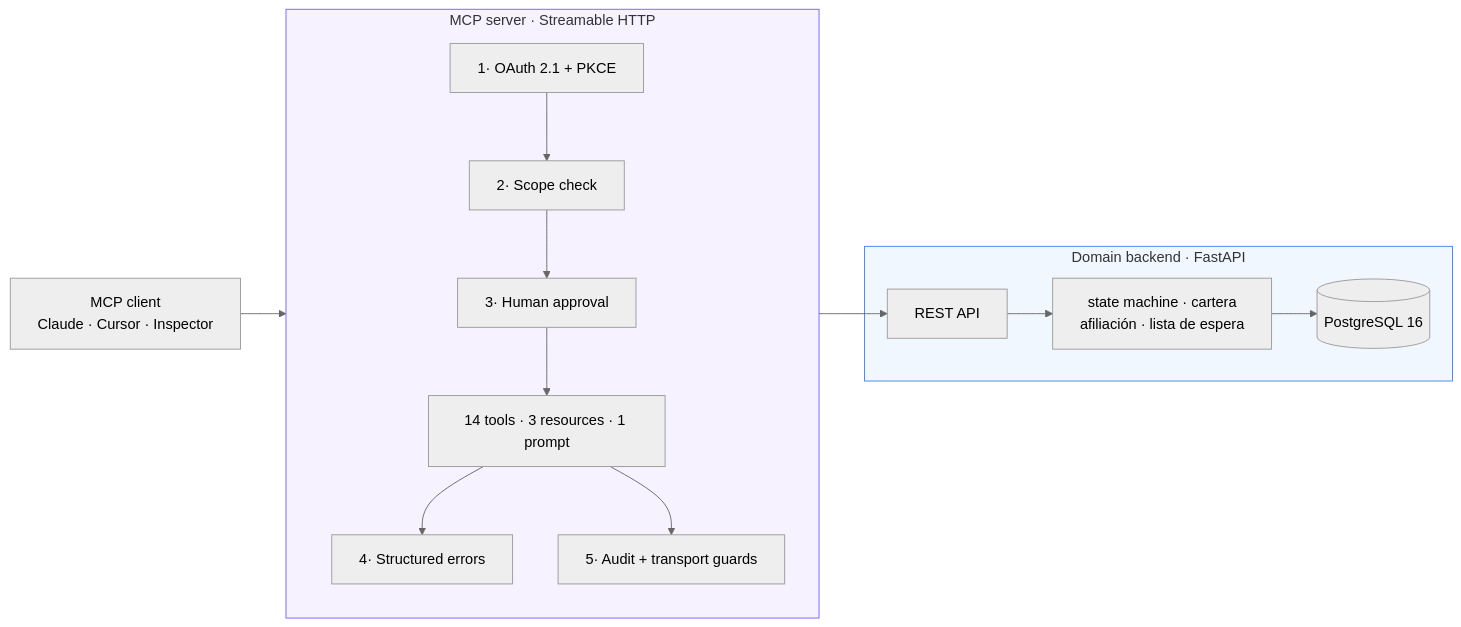
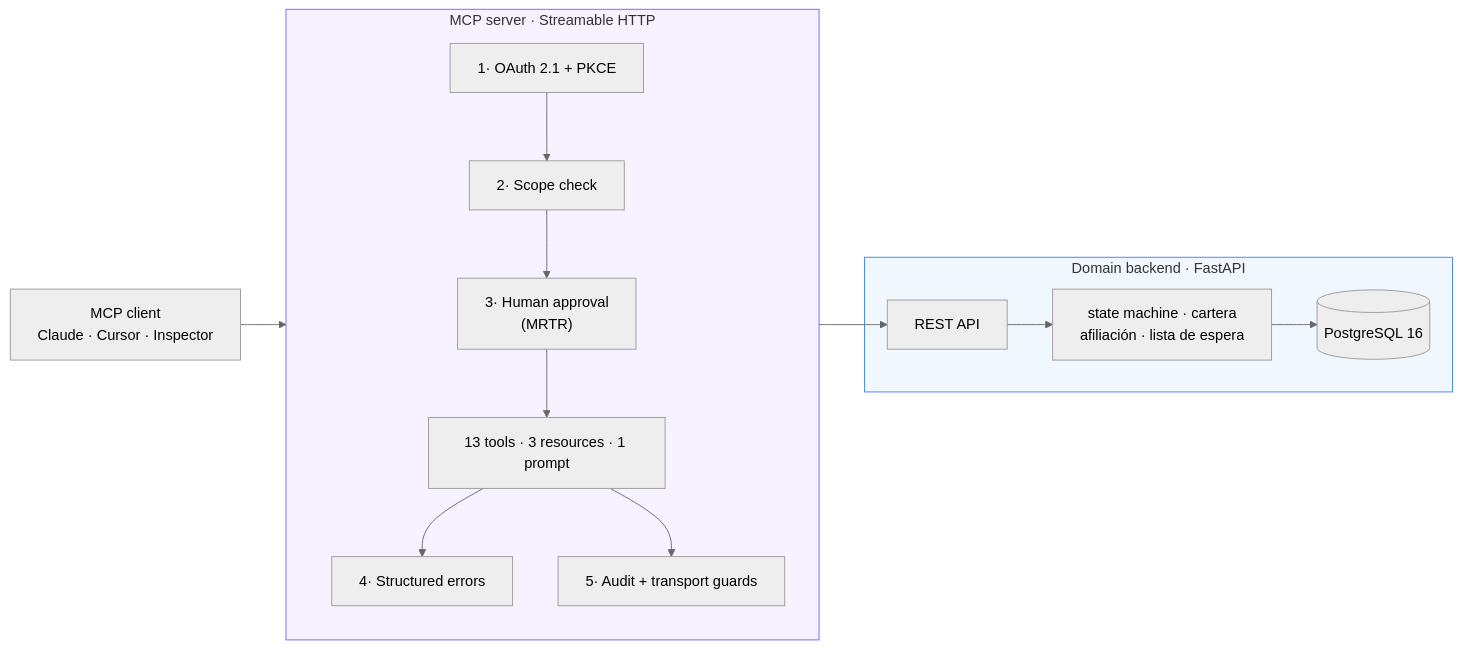
One commit to dylanbc1/dental-clinic-mcp-server changed the diagram in README.md. Above: the diagram before and after it, drawn with Mermaid (neutral theme). The commit also changed other lines of this file and 33 other files, not shown here.

````diff
--- a/README.md
+++ b/README.md
@@ -61,17 +62,17 @@
 ```mermaid
 flowchart LR
     C["MCP client<br/>Claude · Cursor · Inspector"]
     subgraph mcp["MCP server · Streamable HTTP"]
       direction TB
-      A1["1· OAuth 2.1 + PKCE"] --> A2["2· Scope check"] --> A3["3· Human approval"] --> T["14 tools · 3 resources · 1 prompt"]
+      A1["1· OAuth 2.1 + PKCE"] --> A2["2· Scope check"] --> A3["3· Human approval<br/>(MRTR)"] --> T["13 tools · 3 resources · 1 prompt"]
       T --> A4["4· Structured errors"]
       T --> A5["5· Audit + transport guards"]
     end
     subgraph be["Domain backend · FastAPI"]
       API["REST API"] --> DOM["state machine · cartera<br/>afiliación · lista de espera"] --> DB[("PostgreSQL 16")]
     end
     C --> A1
     T --> API
     style mcp fill:#f6f2ff,stroke:#7c5cff
     style be fill:#f0f7ff,stroke:#3b82f6
 ```
````
